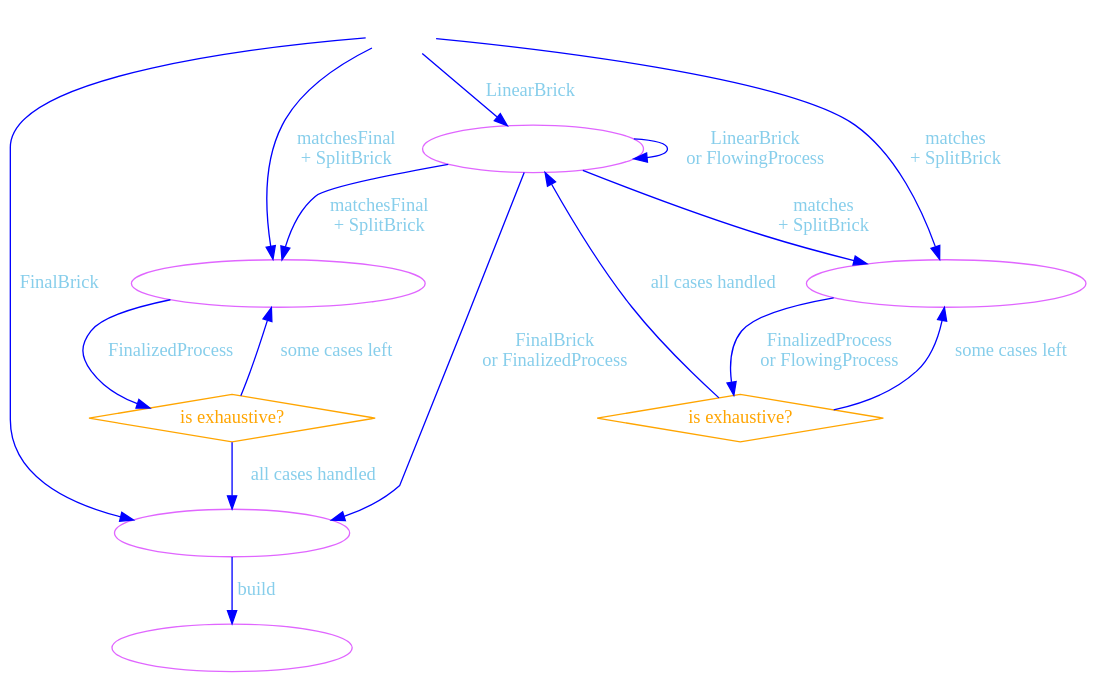
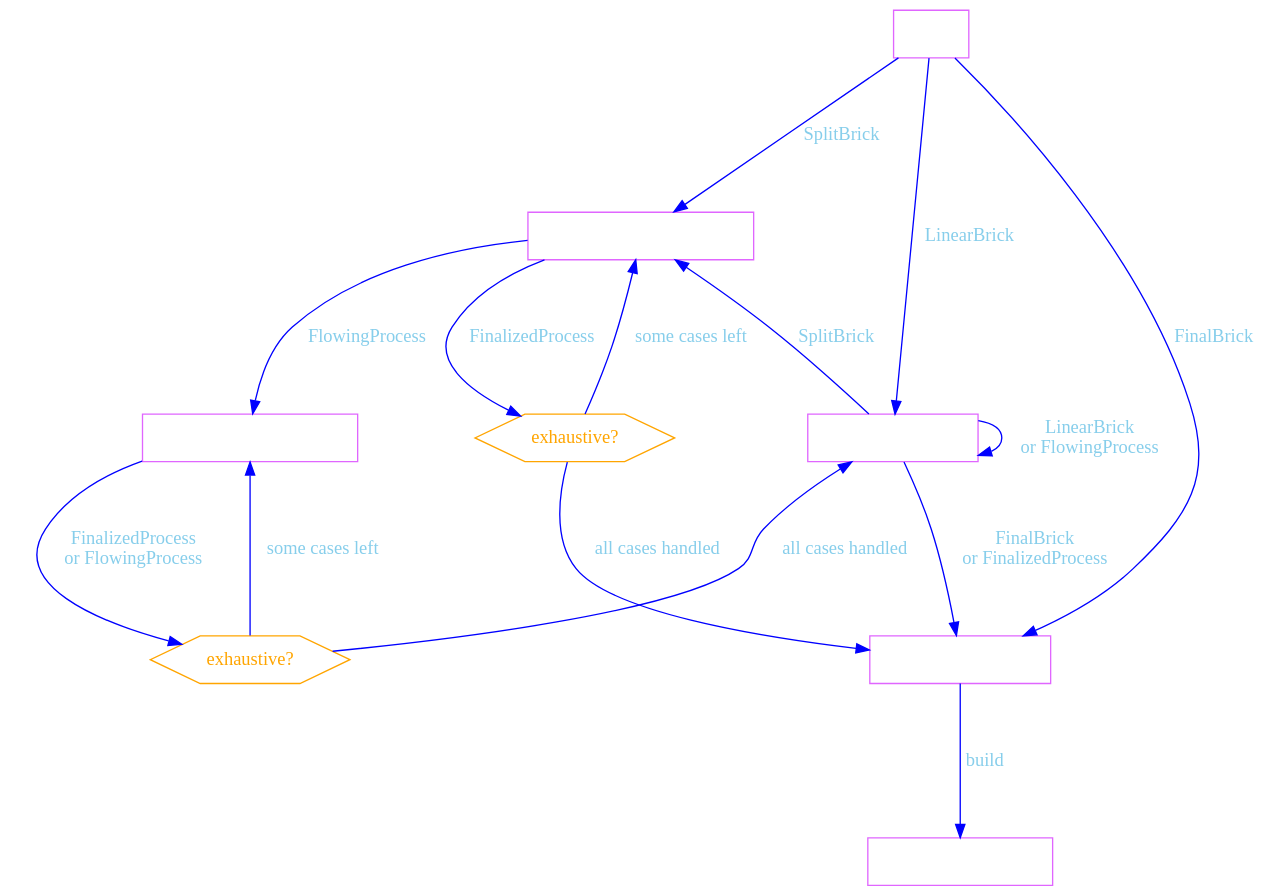
One commit to Only1Loatheb/brrricks changed the diagram in process_builder_common/src/process_builder_diagram.dot. Above: the diagram before and after it, drawn with Graphviz.

```diff
--- a/process_builder_common/src/process_builder_diagram.dot
+++ b/process_builder_common/src/process_builder_diagram.dot
@@ -1,32 +1,39 @@
 digraph G {
-    # dreampuf.github.io
+    # https://dreampuf.github.io/GraphvizOnline/
     bgcolor=transparent
+    ranksep=1.4;
 
-    Start [label="", color=transparent, fontcolor=white]
-    End [label="RunnableProcess", color=mediumorchid1, fontcolor=white]
-    FinalizedProcess [label="FinalizedProcess", color=mediumorchid1, fontcolor=white]
-    FlowingProcess [label="FlowingProcess", color=mediumorchid1, fontcolor=white]
-    FinalizedSplitProcess [label="FinalizedSplitProcess", color=mediumorchid1, fontcolor=white]
-    FlowingSplitProcess [label="FlowingSplitProcess", color=mediumorchid1, fontcolor=white]
+    Entry [label="Entry", shape=box, color=mediumorchid1, fontcolor=white]
+    End [label="RunnableProcess", shape=box, color=mediumorchid1, fontcolor=white]
+    FinalizedProcess [label="FinalizedProcess", shape=box, color=mediumorchid1, fontcolor=white]
+    FlowingProcess [label="FlowingProcess", shape=box, color=mediumorchid1, fontcolor=white]
 
-    Start -> FinalizedProcess [label="FinalBrick", color=blue, fontcolor=skyblue]
+    subgraph cluster0 {
+        color = white;
+        FlowingSplitProcess [label="FlowingSplitProcess", shape=box, color=mediumorchid1, fontcolor=white]
+        flowing_split_cases [label="exhaustive?", shape=hexagon, color=orange, fontcolor=orange]
+    }
+    subgraph cluster1 {
+        color = white;
+        FinalizedSplitProcess [label="FinalizedSplitProcess", shape=box, color=mediumorchid1, fontcolor=white]
+        finalized_split_cases_final [label="exhaustive?", shape=hexagon, color=orange, fontcolor=orange]
+    }
+
+    Entry -> FinalizedProcess [label="FinalBrick", color=blue, fontcolor=skyblue]
     FinalizedProcess -> End [label="build", color=blue, fontcolor=skyblue]
-    Start -> FlowingProcess [label="LinearBrick", color=blue, fontcolor=skyblue]
+    Entry -> FlowingProcess [label="LinearBrick", color=blue, fontcolor=skyblue]
     FlowingProcess -> FlowingProcess [label="LinearBrick\nor FlowingProcess", color=blue, fontcolor=skyblue]
     FlowingProcess -> FinalizedProcess [label="FinalBrick\nor FinalizedProcess", color=blue, fontcolor=skyblue]
-    Start -> FinalizedSplitProcess [label="matchesFinal\n+ SplitBrick", color=blue, fontcolor=skyblue]
-    FlowingProcess -> FinalizedSplitProcess [label="matchesFinal\n+ SplitBrick", color=blue, fontcolor=skyblue]
+    Entry -> FinalizedSplitProcess [label="SplitBrick", color=blue, fontcolor=skyblue]
+    FlowingProcess -> FinalizedSplitProcess [label="SplitBrick", color=blue, fontcolor=skyblue]
 
-    finalized_split_cases_final [label="is exhaustive?", shape=diamond, color=orange, fontcolor=orange]
     FinalizedSplitProcess -> finalized_split_cases_final [label="FinalizedProcess", color=blue, fontcolor=skyblue]
     finalized_split_cases_final -> FinalizedSplitProcess [label="some cases left", color=blue, fontcolor=skyblue]
     finalized_split_cases_final -> FinalizedProcess [label="all cases handled", color=blue, fontcolor=skyblue]
 
-    FlowingProcess -> FlowingSplitProcess [label="matches\n+ SplitBrick", color=blue, fontcolor=skyblue]
-    Start -> FlowingSplitProcess [label="matches\n+ SplitBrick", color=blue, fontcolor=skyblue]
+    FinalizedSplitProcess -> FlowingSplitProcess [label="FlowingProcess", color=blue, fontcolor=skyblue]
 
-    flowing_split_cases [label="is exhaustive?", shape=diamond, color=orange, fontcolor=orange]
     FlowingSplitProcess -> flowing_split_cases [label="FinalizedProcess\nor FlowingProcess", color=blue, fontcolor=skyblue]
     flowing_split_cases -> FlowingSplitProcess [label="some cases left", color=blue, fontcolor=skyblue]
     flowing_split_cases -> FlowingProcess [label="all cases handled", color=blue, fontcolor=skyblue]
 }
```
